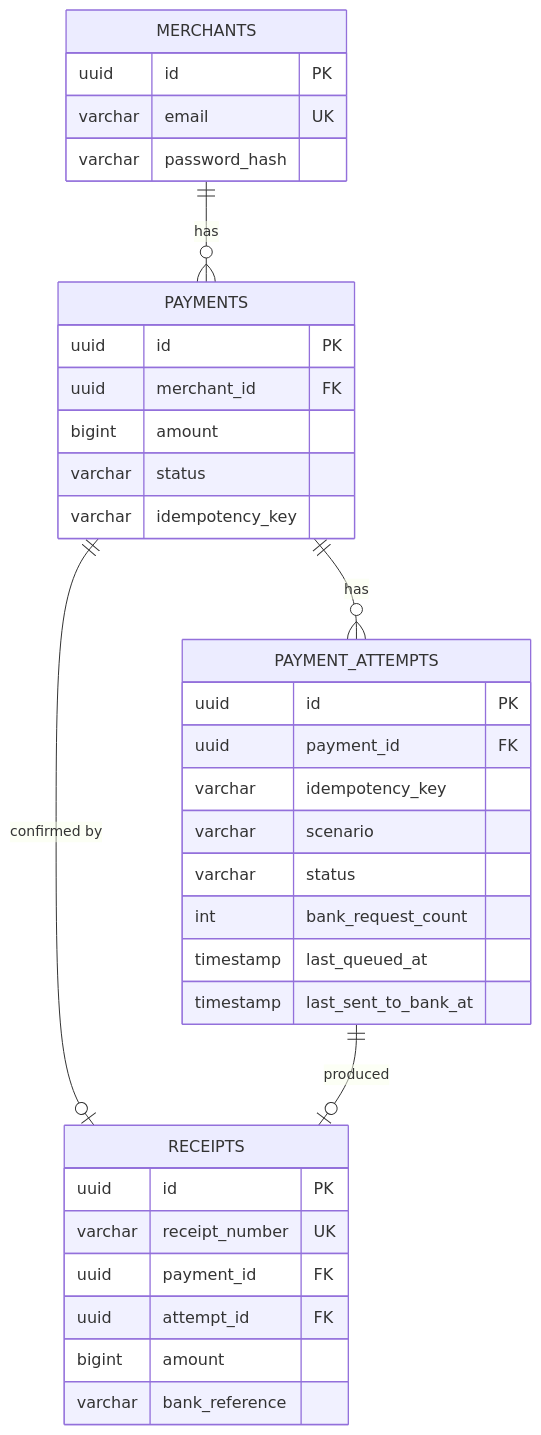
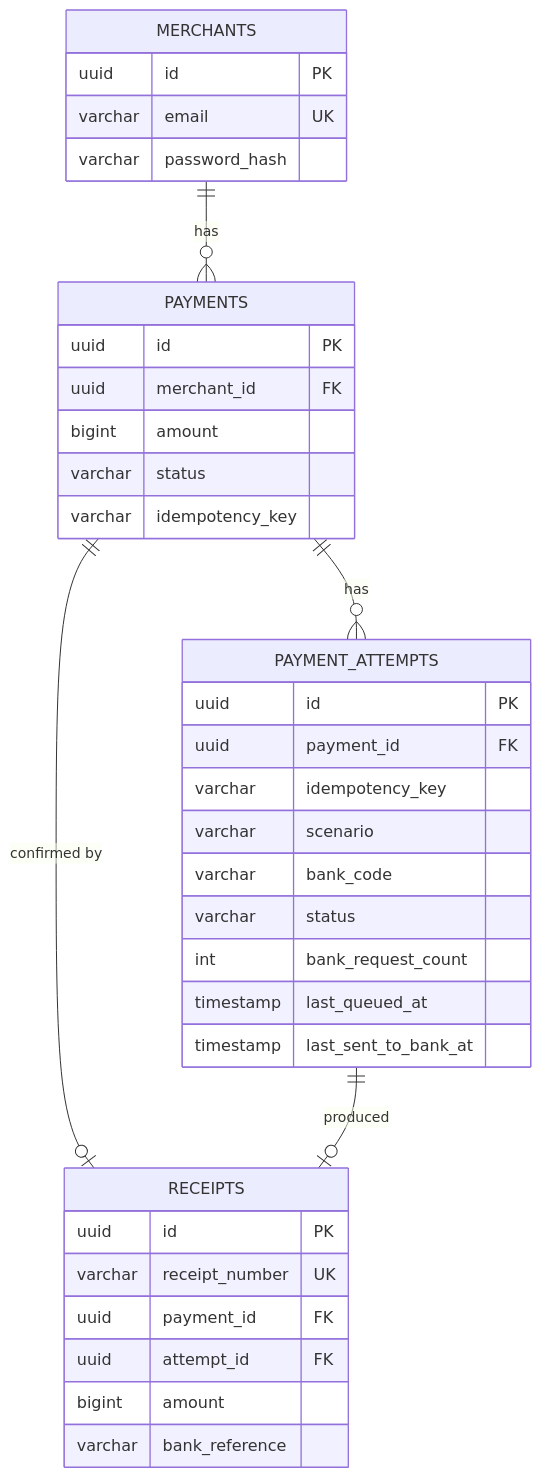
The third of 6 diagrams in docs/relationship-map.md (ShubhamBrody/PaymentGateway), drawn with Mermaid before and after one commit. The commit also changed other lines of this file and 1 other file, not shown here.

````diff
--- a/docs/relationship-map.md
+++ b/docs/relationship-map.md
@@ -91,37 +92,38 @@
 ```mermaid
 erDiagram
     MERCHANTS ||--o{ PAYMENTS : "has"
     PAYMENTS ||--o{ PAYMENT_ATTEMPTS : "has"
     PAYMENTS ||--o| RECEIPTS : "confirmed by"
     PAYMENT_ATTEMPTS ||--o| RECEIPTS : "produced"
     MERCHANTS {
         uuid id PK
         varchar email UK
         varchar password_hash
     }
     PAYMENTS {
         uuid id PK
         uuid merchant_id FK
         bigint amount
         varchar status
         varchar idempotency_key
     }
     PAYMENT_ATTEMPTS {
         uuid id PK
         uuid payment_id FK
         varchar idempotency_key
         varchar scenario
+        varchar bank_code
         varchar status
         int bank_request_count
         timestamp last_queued_at
         timestamp last_sent_to_bank_at
     }
     RECEIPTS {
         uuid id PK
         varchar receipt_number UK
         uuid payment_id FK
         uuid attempt_id FK
         bigint amount
         varchar bank_reference
     }
 ```
````
